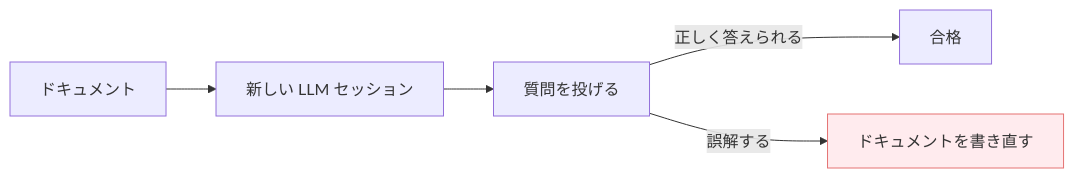
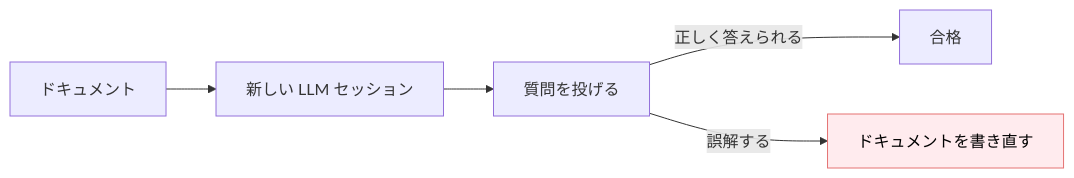
One commit to dinekt/dinekt-wiki changed the second of 2 diagrams in docs/techniques/ai-エージェントが読みやすいドキュメントの書き方.md. Above: the diagram before and after it, drawn with Mermaid. The commit also changed other lines of this file and 71 other files, not shown here.

First line of the commit message:
fix: mermaid readability + remove GitHub repo toolbar

````diff
--- a/docs/techniques/ai-エージェントが読みやすいドキュメントの書き方.md
+++ b/docs/techniques/ai-エージェントが読みやすいドキュメントの書き方.md
@@ -119,9 +119,9 @@
 ```mermaid
 flowchart LR
     D[ドキュメント] --> L[新しい LLM セッション]
     L --> Q[質問を投げる]
     Q -->|正しく答えられる| OK[合格]
     Q -->|誤解する| F[ドキュメントを書き直す]
 
-    style F fill:#ffebee,stroke:#e57373
+    style F fill:#ffebee,stroke:#e57373,color:#000
 ```
````
